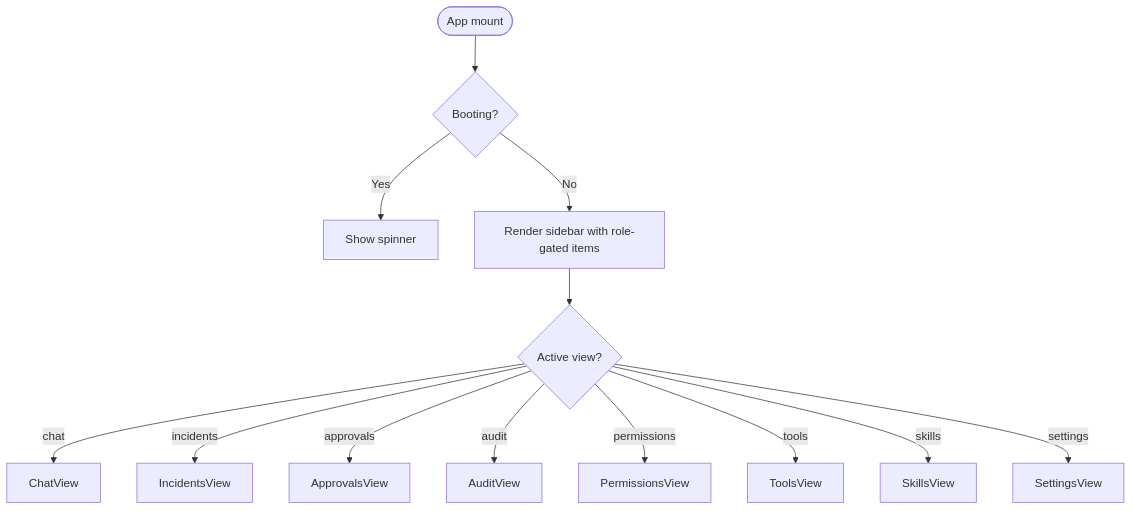
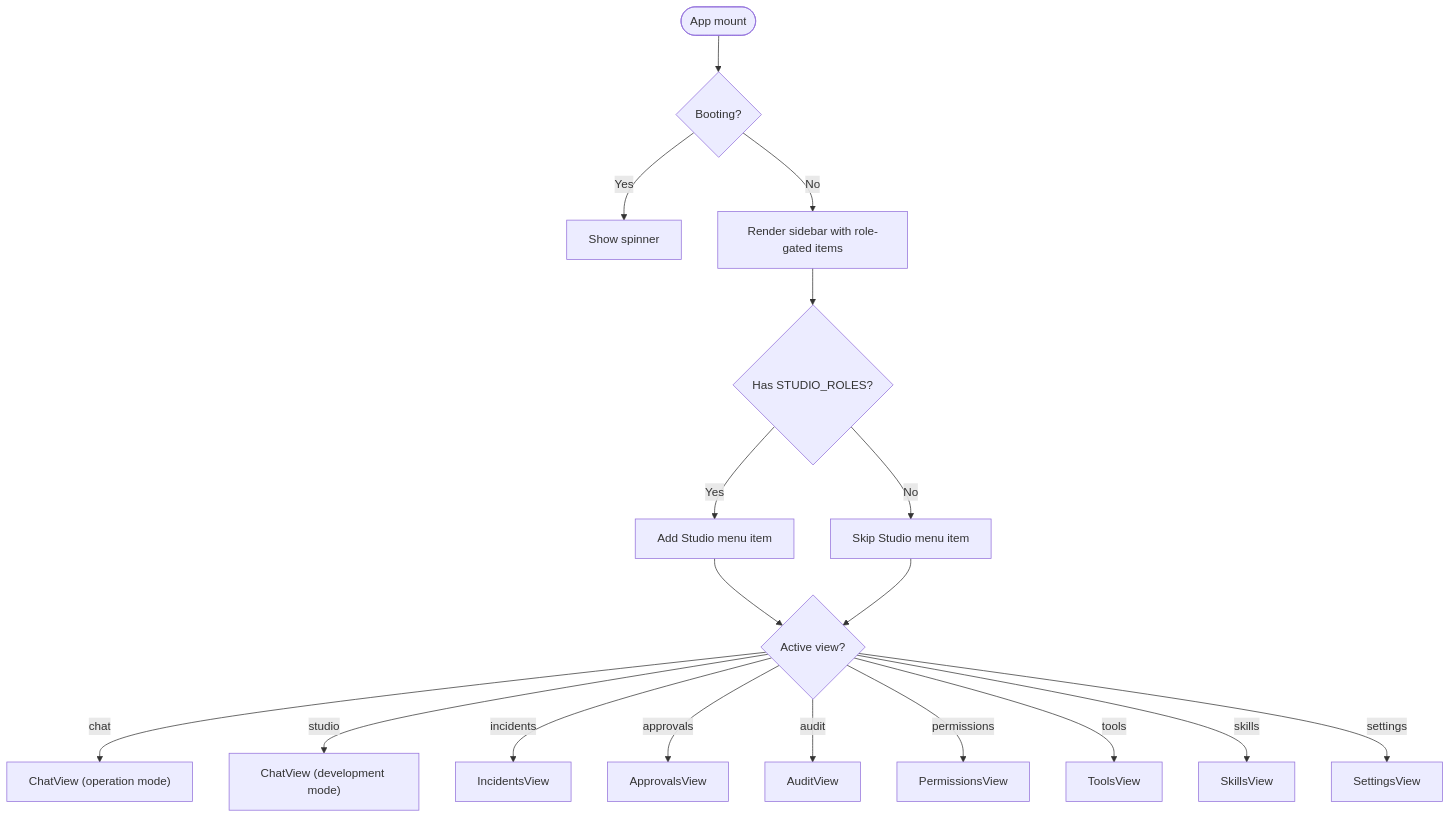
The third of 15 diagrams in .qoder/repowiki/en/content/Operator Portal.md (metasync/luban-aiops), drawn with Mermaid before and after one commit. The commit also changed other lines of this file and 6 other files, not shown here.

````diff
--- a/.qoder/repowiki/en/content/Operator Portal.md
+++ b/.qoder/repowiki/en/content/Operator Portal.md
@@ -155,15 +165,20 @@
 ```mermaid
 flowchart TD
 Start(["App mount"]) --> Boot{"Booting?"}
 Boot --> |Yes| Spinner["Show spinner"]
 Boot --> |No| Sidebar["Render sidebar with role-gated items"]
-Sidebar --> View{"Active view?"}
-View --> |chat| Chat["ChatView"]
+Sidebar --> StudioCheck{"Has STUDIO_ROLES?"}
+StudioCheck --> |Yes| AddStudio["Add Studio menu item"]
+StudioCheck --> |No| SkipStudio["Skip Studio menu item"]
+AddStudio --> View{"Active view?"}
+SkipStudio --> View
+View --> |chat| Chat["ChatView (operation mode)"]
+View --> |studio| Studio["ChatView (development mode)"]
 View --> |incidents| Incidents["IncidentsView"]
 View --> |approvals| Approvals["ApprovalsView"]
 View --> |audit| Audit["AuditView"]
 View --> |permissions| Permissions["PermissionsView"]
 View --> |tools| Tools["ToolsView"]
 View --> |skills| Skills["SkillsView"]
 View --> |settings| Settings["SettingsView"]
 ```
````
